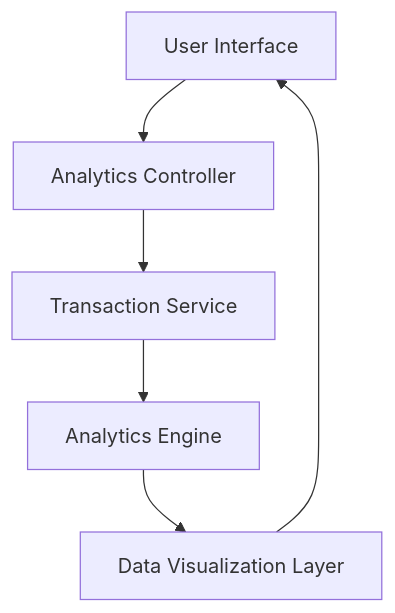
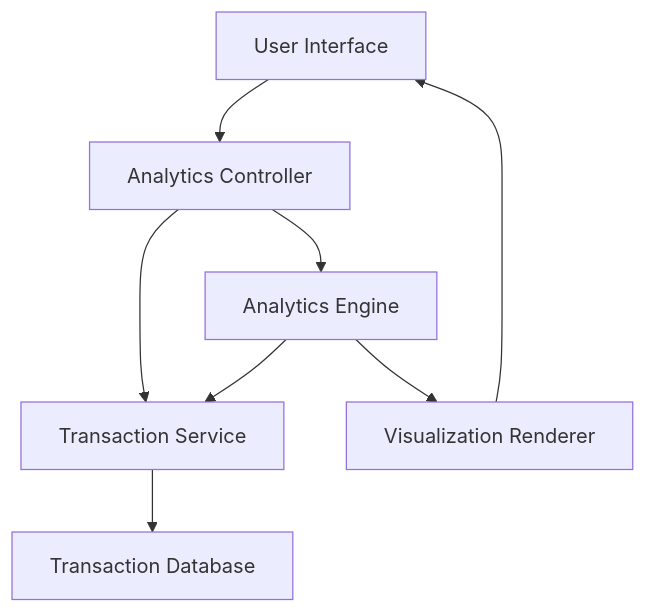
Before and after one commit to AAVA-Demo/APB_Demo: the diagram in HLD/QE-7686_HLD.md, drawn with Mermaid. The commit also changed other lines of this file and 5 other files, not shown here.

````diff
--- a/HLD/QE-7686_HLD.md
+++ b/HLD/QE-7686_HLD.md
@@ -7,13 +7,16 @@
 ```mermaid
 flowchart TD
     A["User Interface"]
     B["Analytics Controller"]
     C["Transaction Service"]
     D["Analytics Engine"]
-    E["Data Visualization Layer"]
+    E["Visualization Renderer"]
+    F["Transaction Database"]
     A --> B
     B --> C
-    C --> D
+    C --> F
+    B --> D
+    D --> C
     D --> E
     E --> A
 ```
````
